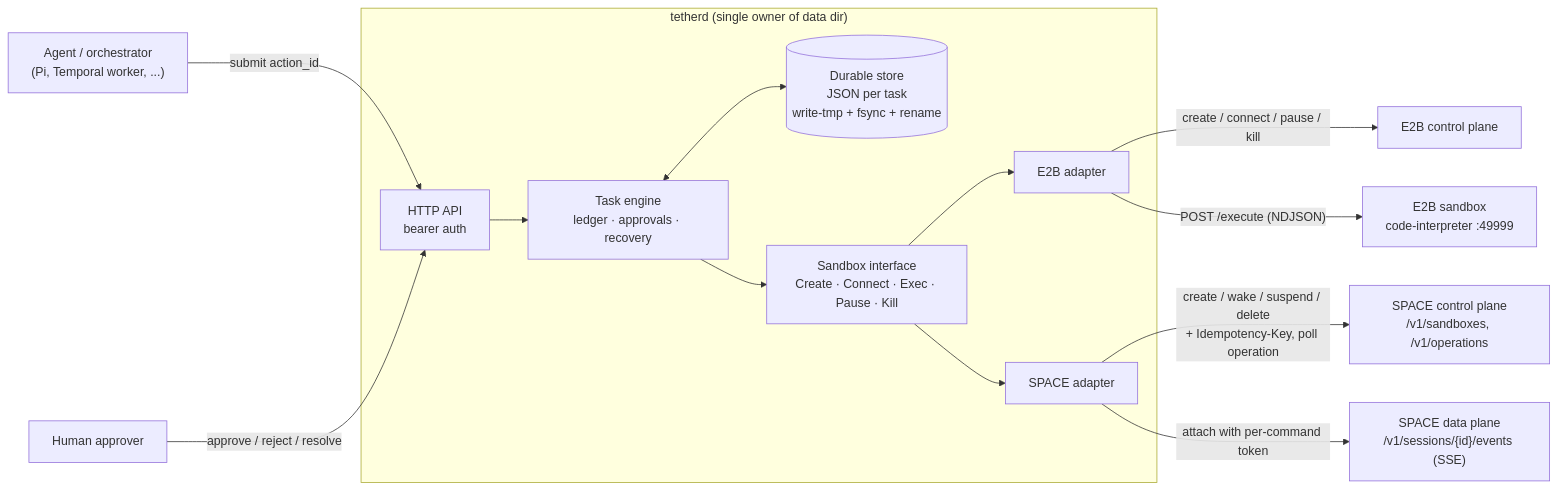
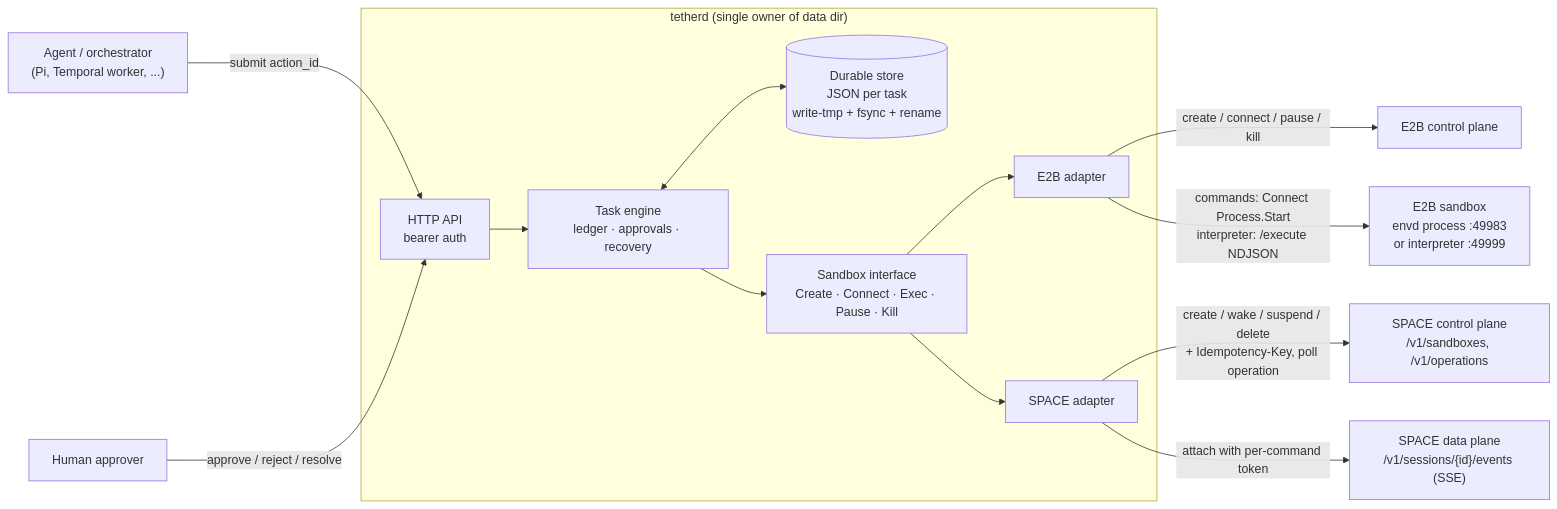
The first of 5 diagrams in docs/ARCHITECTURE.md (iamanishx/tether), drawn with Mermaid before and after one commit. The commit also changed other lines of this file and 23 other files, not shown here.

````diff
--- a/docs/ARCHITECTURE.md
+++ b/docs/ARCHITECTURE.md
@@ -9,28 +9,28 @@
 ```mermaid
 flowchart LR
     Agent["Agent / orchestrator<br/>(Pi, Temporal worker, ...)"]
     subgraph tetherd["tetherd (single owner of data dir)"]
         API["HTTP API<br/>bearer auth"]
         Engine["Task engine<br/>ledger · approvals · recovery"]
         Store[("Durable store<br/>JSON per task<br/>write-tmp + fsync + rename")]
         Adapter["Sandbox interface<br/>Create · Connect · Exec · Pause · Kill"]
         E2BA["E2B adapter"]
         SPA["SPACE adapter"]
     end
     E2B["E2B control plane"]
-    SBX["E2B sandbox<br/>code-interpreter :49999"]
+    SBX["E2B sandbox<br/>envd process :49983<br/>or interpreter :49999"]
     SCP["SPACE control plane<br/>/v1/sandboxes, /v1/operations"]
     SDP["SPACE data plane<br/>/v1/sessions/{id}/events (SSE)"]
     Human["Human approver"]
 
     Agent -->|"submit action_id"| API
     Human -->|"approve / reject / resolve"| API
     API --> Engine
     Engine <--> Store
     Engine --> Adapter
     Adapter --> E2BA & SPA
     E2BA -->|"create / connect / pause / kill"| E2B
-    E2BA -->|"POST /execute (NDJSON)"| SBX
+    E2BA -->|"commands: Connect Process.Start<br/>interpreter: /execute NDJSON"| SBX
     SPA -->|"create / wake / suspend / delete<br/>+ Idempotency-Key, poll operation"| SCP
     SPA -->|"attach with per-command token"| SDP
 ```
````
